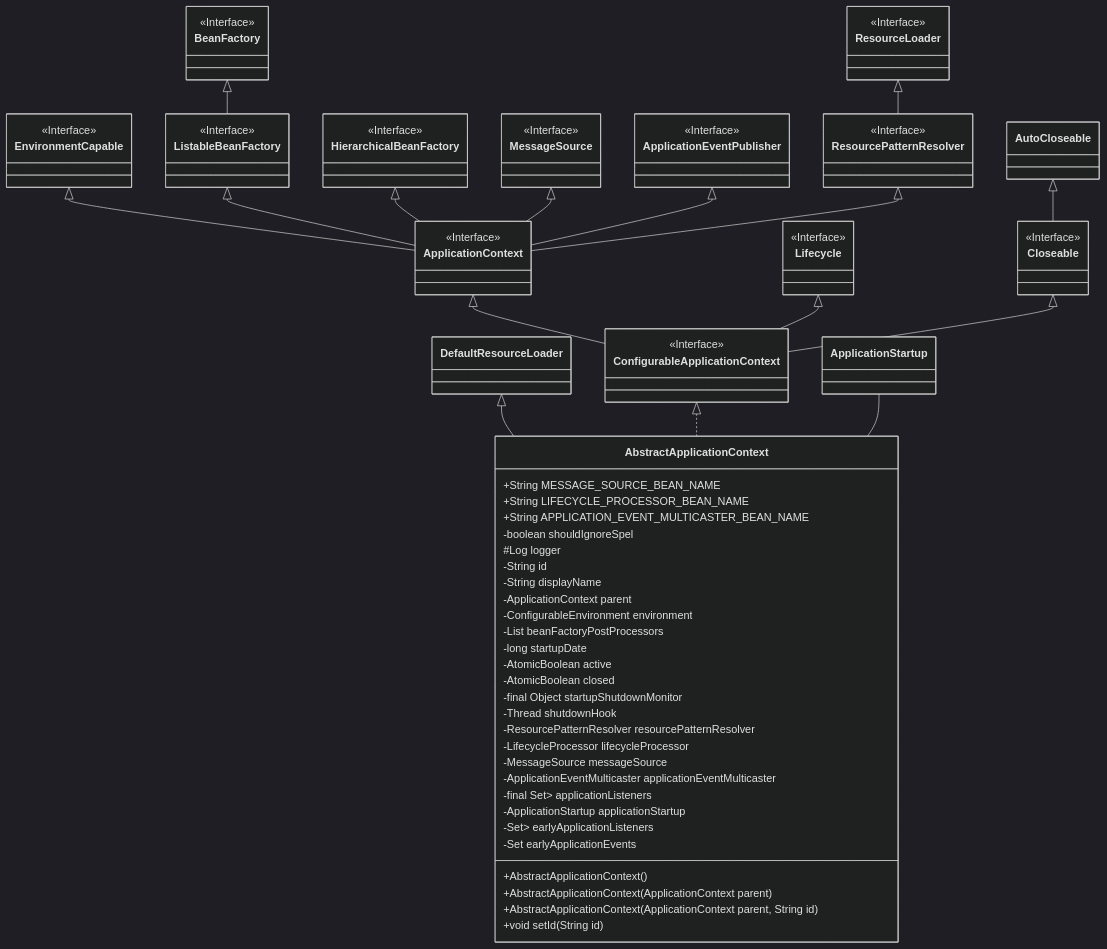
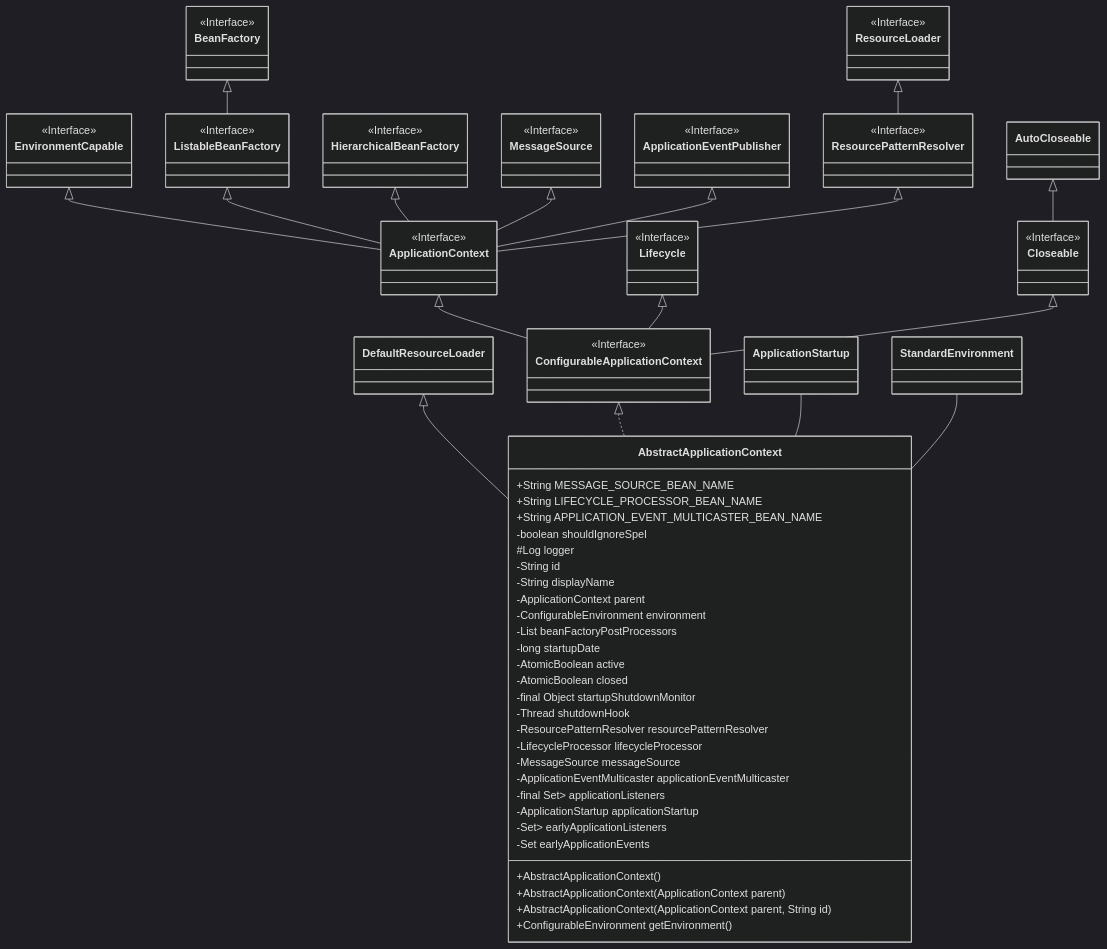
The fifth of 20 diagrams in dikw/info/di-src/di-src-spring/di-src-spring.md (devopssecotw/devopssecotw.github.io), drawn with Mermaid (dark theme) before and after one commit. The commit also changed other lines of this file and 2 other files, not shown here.

```diff
--- a/dikw/info/di-src/di-src-spring/di-src-spring.md
+++ b/dikw/info/di-src/di-src-spring/di-src-spring.md
@@ -81,6 +81,7 @@
     ConfigurableApplicationContext <|.. AbstractApplicationContext
 
     ApplicationStartup -- AbstractApplicationContext
+    StandardEnvironment -- AbstractApplicationContext
 
     class AbstractApplicationContext
     AbstractApplicationContext: +String MESSAGE_SOURCE_BEAN_NAME
@@ -109,7 +110,7 @@
     AbstractApplicationContext: +AbstractApplicationContext()
     AbstractApplicationContext: +AbstractApplicationContext(ApplicationContext parent)
     AbstractApplicationContext: +AbstractApplicationContext(ApplicationContext parent, String id)
-    AbstractApplicationContext: +void setId(String id)
+    AbstractApplicationContext: +ConfigurableEnvironment getEnvironment()
 
 
     ApplicationContext <|--ConfigurableApplicationContext
```
